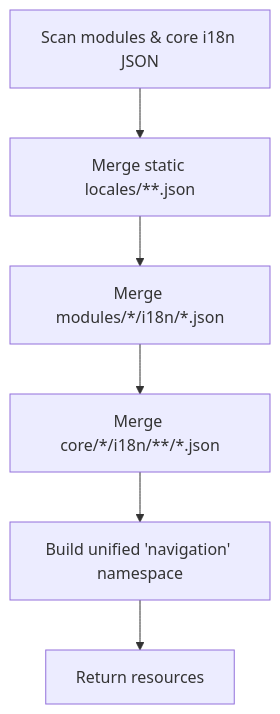
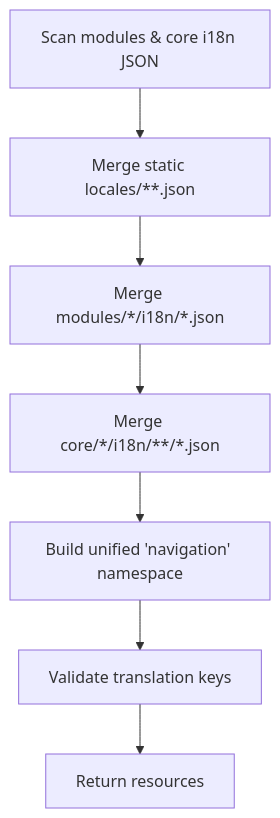
One commit to geniusdynamics/schoolpilot changed the fourth of 8 diagrams in .qoder/repowiki/en/content/Internationalization.md. Above: the diagram before and after it, drawn with Mermaid. The commit also changed other lines of this file and 21 other files, not shown here.

````diff
--- a/.qoder/repowiki/en/content/Internationalization.md
+++ b/.qoder/repowiki/en/content/Internationalization.md
@@ -170,8 +203,9 @@
 ```mermaid
 flowchart TD
 Scan["Scan modules & core i18n JSON"] --> MergeStatic["Merge static locales/**.json"]
 MergeStatic --> MergeModules["Merge modules/*/i18n/*.json"]
 MergeModules --> MergeCore["Merge core/*/i18n/**/*.json"]
 MergeCore --> BuildNav["Build unified 'navigation' namespace"]
-BuildNav --> ReturnRes["Return resources"]
+BuildNav --> ValidateKeys["Validate translation keys"]
+ValidateKeys --> ReturnRes["Return resources"]
 ```
````
